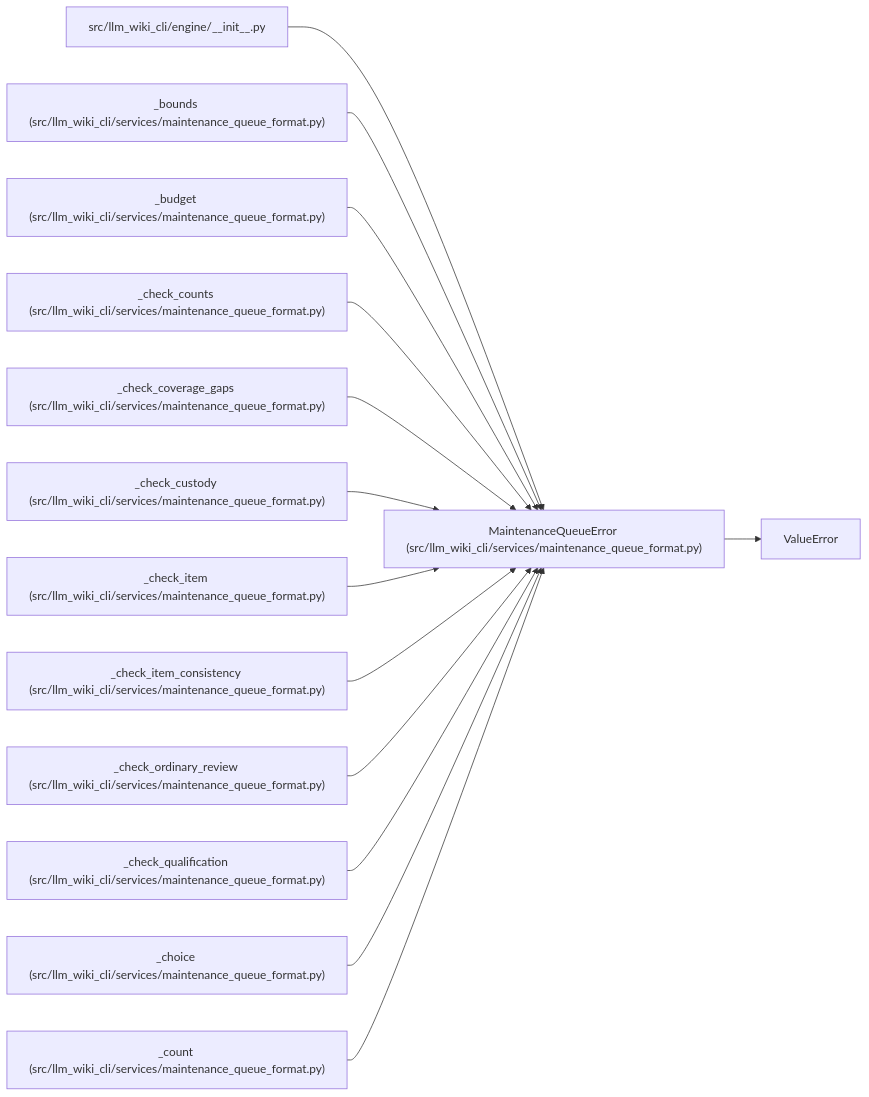
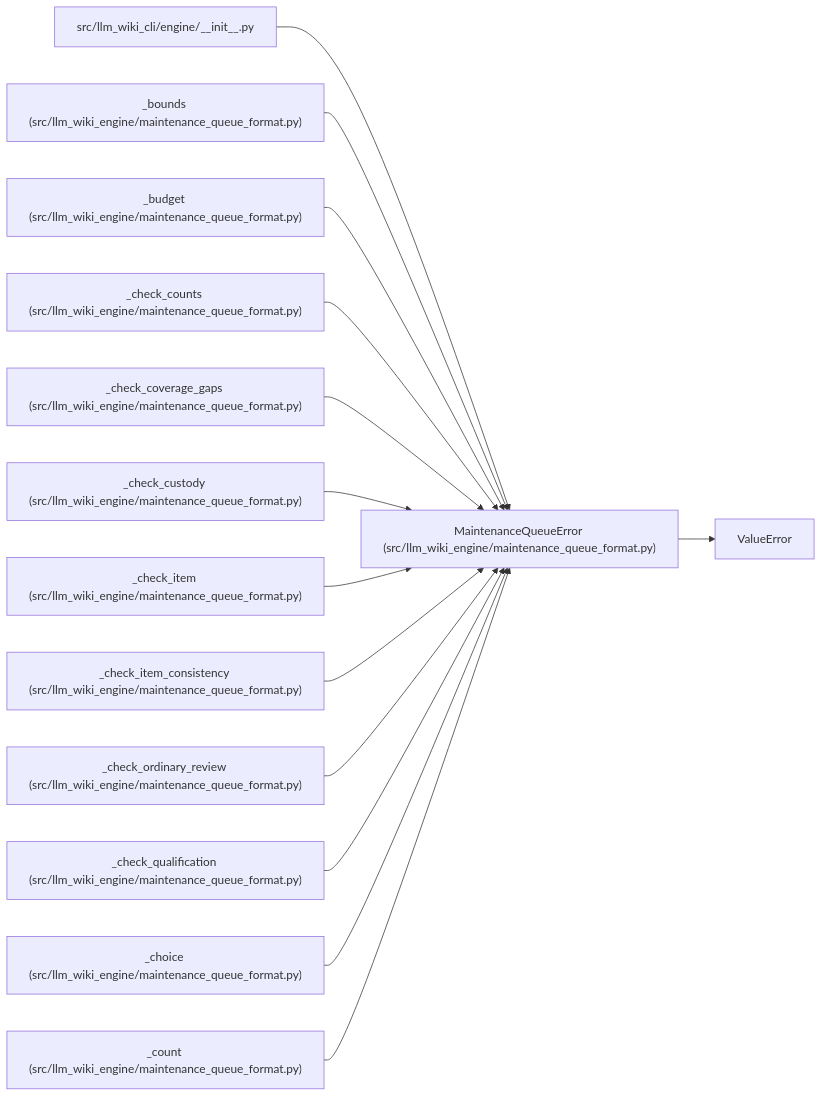
Before and after one commit to Denissvgn/python-wiki-llm: the diagram in docs/llm_wiki/entities/MaintenanceQueueError.md, drawn with Mermaid. The commit also changed other lines of this file and 1103 other files, not shown here.

First line of the commit message:
docs: refresh the wiki for the llm-wiki-engine distribution

````diff
--- a/docs/llm_wiki/entities/MaintenanceQueueError.md
+++ b/docs/llm_wiki/entities/MaintenanceQueueError.md
@@ -23,43 +23,43 @@
 ```mermaid
 flowchart LR
-    n0["MaintenanceQueueError (src/llm_wiki_cli/services/maintenance_queue_format.py)"]
+    n0["MaintenanceQueueError (src/llm_wiki_engine/maintenance_queue_format.py)"]
     n1["ValueError"]
     n2["src/llm_wiki_cli/engine/__init__.py"]
-    n3["_bounds (src/llm_wiki_cli/services/maintenance_queue_format.py)"]
-    n4["_budget (src/llm_wiki_cli/services/maintenance_queue_format.py)"]
-    n5["_check_counts (src/llm_wiki_cli/services/maintenance_queue_format.py)"]
-    n6["_check_coverage_gaps (src/llm_wiki_cli/services/maintenance_queue_format.py)"]
-    n7["_check_custody (src/llm_wiki_cli/services/maintenance_queue_format.py)"]
-    n8["_check_item (src/llm_wiki_cli/services/maintenance_queue_format.py)"]
-    n9["_check_item_consistency (src/llm_wiki_cli/services/maintenance_queue_format.py)"]
-    n10["_check_ordinary_review (src/llm_wiki_cli/services/maintenance_queue_format.py)"]
-    n11["_check_qualification (src/llm_wiki_cli/services/maintenance_queue_format.py)"]
-    n12["_choice (src/llm_wiki_cli/services/maintenance_queue_format.py)"]
-    n13["_count (src/llm_wiki_cli/services/maintenance_queue_format.py)"]
+    n3["_bounds (src/llm_wiki_engine/maintenance_queue_format.py)"]
+    n4["_budget (src/llm_wiki_engine/maintenance_queue_format.py)"]
+    n5["_check_counts (src/llm_wiki_engine/maintenance_queue_format.py)"]
+    n6["_check_coverage_gaps (src/llm_wiki_engine/maintenance_queue_format.py)"]
+    n7["_check_custody (src/llm_wiki_engine/maintenance_queue_format.py)"]
+    n8["_check_item (src/llm_wiki_engine/maintenance_queue_format.py)"]
+    n9["_check_item_consistency (src/llm_wiki_engine/maintenance_queue_format.py)"]
+    n10["_check_ordinary_review (src/llm_wiki_engine/maintenance_queue_format.py)"]
+    n11["_check_qualification (src/llm_wiki_engine/maintenance_queue_format.py)"]
+    n12["_choice (src/llm_wiki_engine/maintenance_queue_format.py)"]
+    n13["_count (src/llm_wiki_engine/maintenance_queue_format.py)"]
     n0 --> n1
     n2 --> n0
     n3 --> n0
     n4 --> n0
     n5 --> n0
     n6 --> n0
     n7 --> n0
     n8 --> n0
     n9 --> n0
     n10 --> n0
     n11 --> n0
     n12 --> n0
     n13 --> n0
     click n0 "../modules/maintenance_queue_format.md"
     click n2 "../modules/engine___init__.md"
     click n3 "../modules/maintenance_queue_format.md"
     click n4 "../modules/maintenance_queue_format.md"
     click n5 "../modules/maintenance_queue_format.md"
     click n6 "../modules/maintenance_queue_format.md"
     click n7 "../modules/maintenance_queue_format.md"
     click n8 "../modules/maintenance_queue_format.md"
     click n9 "../modules/maintenance_queue_format.md"
     click n10 "../modules/maintenance_queue_format.md"
     click n11 "../modules/maintenance_queue_format.md"
     click n12 "../modules/maintenance_queue_format.md"
     click n13 "../modules/maintenance_queue_format.md"
 ```
````
